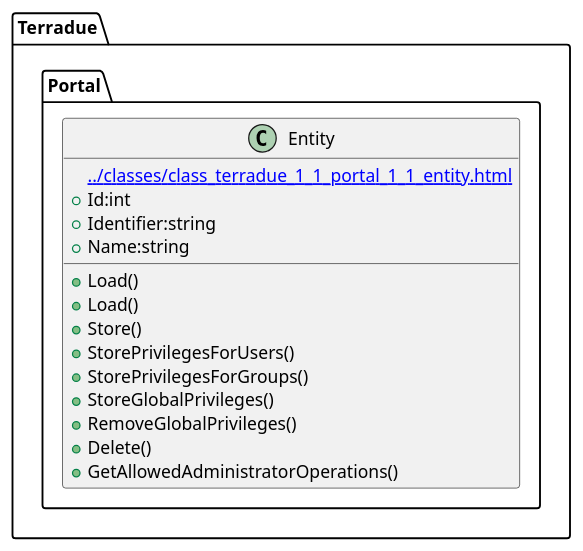
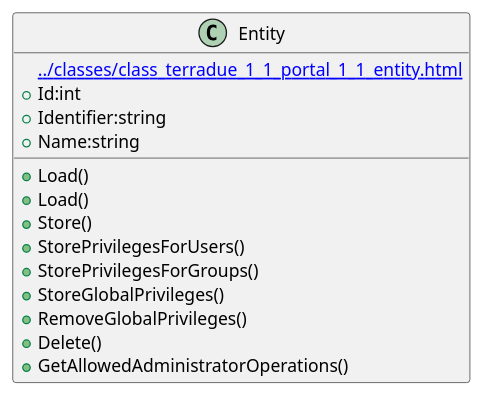
The diagram in source/classes/class_terradue_1_1_portal_1_1_entity.iuml (urban-tep/DDF-SDD), drawn with PlantUML before and after one commit. The commit also changed 50 other files, not shown here.

```diff
--- a/source/classes/class_terradue_1_1_portal_1_1_entity.iuml
+++ b/source/classes/class_terradue_1_1_portal_1_1_entity.iuml
@@ -1,18 +1,17 @@
 @startuml
-set namespaceSeparator ::
-class Terradue::Portal::Entity {
+class Entity {
 [[../classes/class_terradue_1_1_portal_1_1_entity.html]]
  +Id:int
  +Identifier:string
  +Name:string
  +Load()
  +Load()
  +Store()
  +StorePrivilegesForUsers()
  +StorePrivilegesForGroups()
  +StoreGlobalPrivileges()
  +RemoveGlobalPrivileges()
  +Delete()
  +GetAllowedAdministratorOperations()
 }
 @enduml
```
